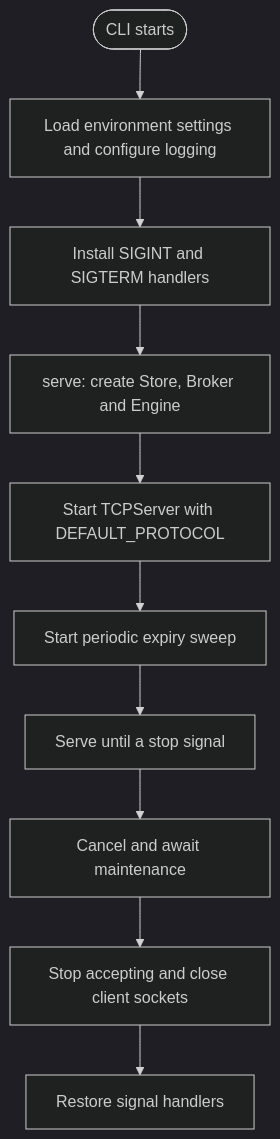
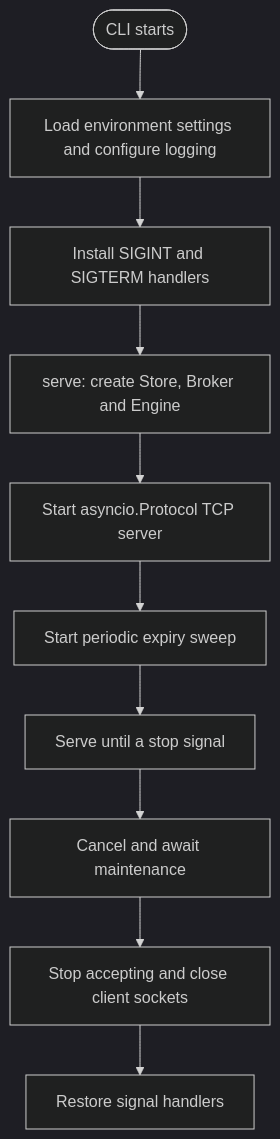
Before and after one commit to gchape/velis: the fifth of 5 diagrams in README.md, drawn with Mermaid (dark theme). The commit also changed other lines of this file and 1 other file, not shown here.

````diff
--- a/README.md
+++ b/README.md
@@ -281,12 +259,12 @@
 ```mermaid
 flowchart TD
     start(["CLI starts"]) --> load["Load environment settings and configure logging"]
     load --> signals["Install SIGINT and SIGTERM handlers"]
     signals --> engine["serve: create Store, Broker and Engine"]
-    engine --> server["Start TCPServer with DEFAULT_PROTOCOL"]
+    engine --> server["Start asyncio.Protocol TCP server"]
     server --> maintenance["Start periodic expiry sweep"]
     maintenance --> run["Serve until a stop signal"]
     run --> cancel["Cancel and await maintenance"]
     cancel --> close["Stop accepting and close client sockets"]
     close --> restore["Restore signal handlers"]
 ```
````
